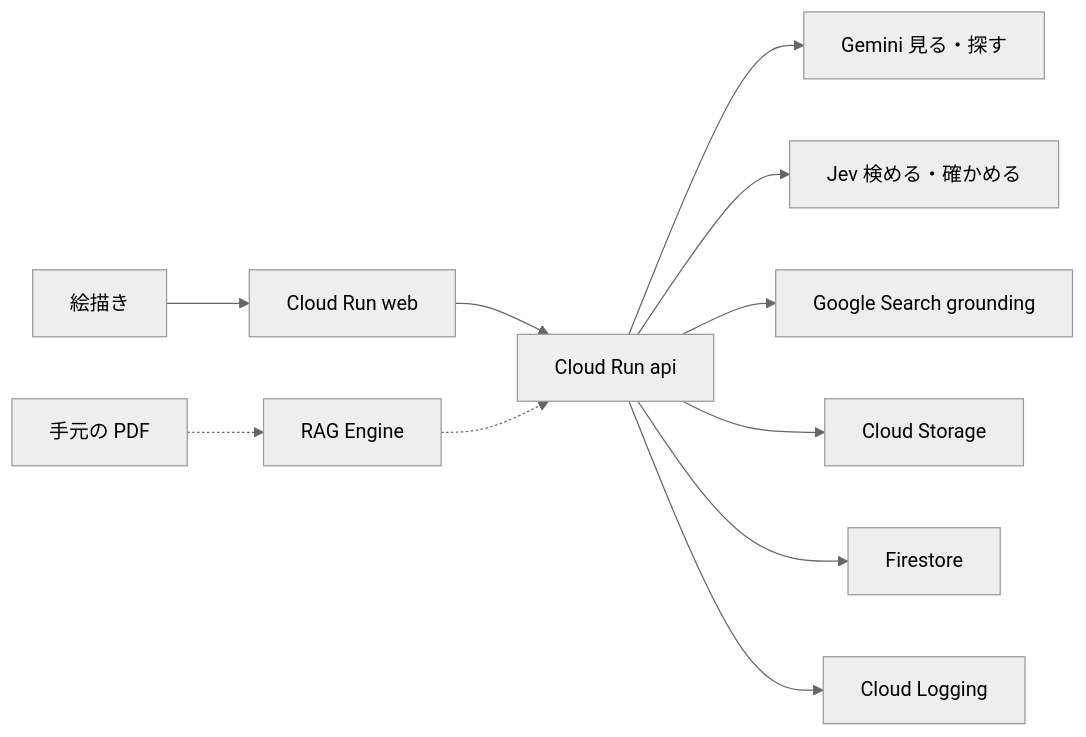
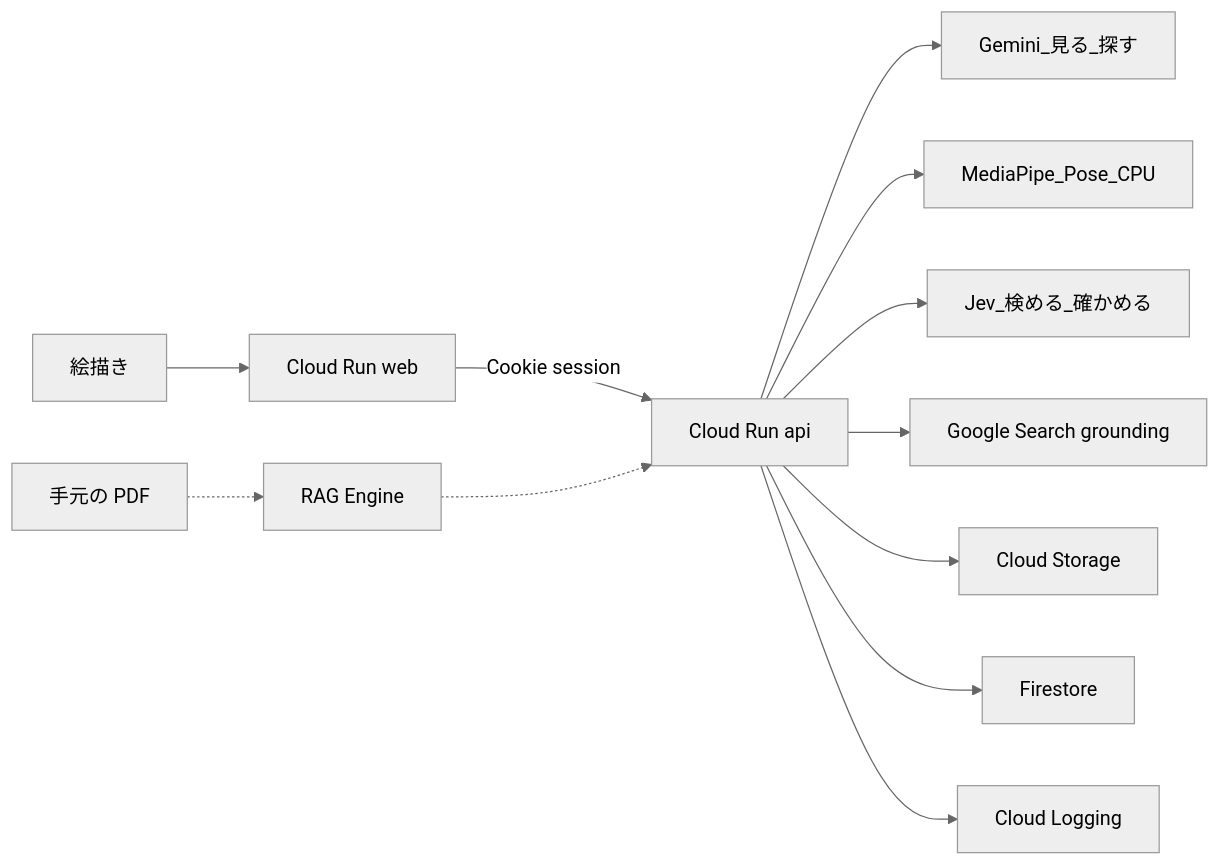
The first of 2 diagrams in docs/architecture.md (neko-rr/20261015-zen-hackathon), drawn with Mermaid (neutral theme) before and after one commit. The commit also changed other lines of this file and 86 other files, not shown here.

````diff
--- a/docs/architecture.md
+++ b/docs/architecture.md
@@ -37,13 +40,14 @@
 ```mermaid
 flowchart LR
   user[絵描き] --> web[Cloud Run web]
-  web --> api[Cloud Run api]
-  api --> gemini[Gemini 見る・探す]
-  api --> jev[Jev 検める・確かめる]
+  web -->|"Cookie session"| api[Cloud Run api]
+  api --> gemini[Gemini_見る_探す]
+  api --> pose[MediaPipe_Pose_CPU]
+  api --> jev[Jev_検める_確かめる]
   api --> search[Google Search grounding]
   api --> gcs[Cloud Storage]
   api --> fs[Firestore]
   api --> log[Cloud Logging]
   pdf[手元の PDF] -.-> rag[RAG Engine]
   rag -.-> api
 ```
````
